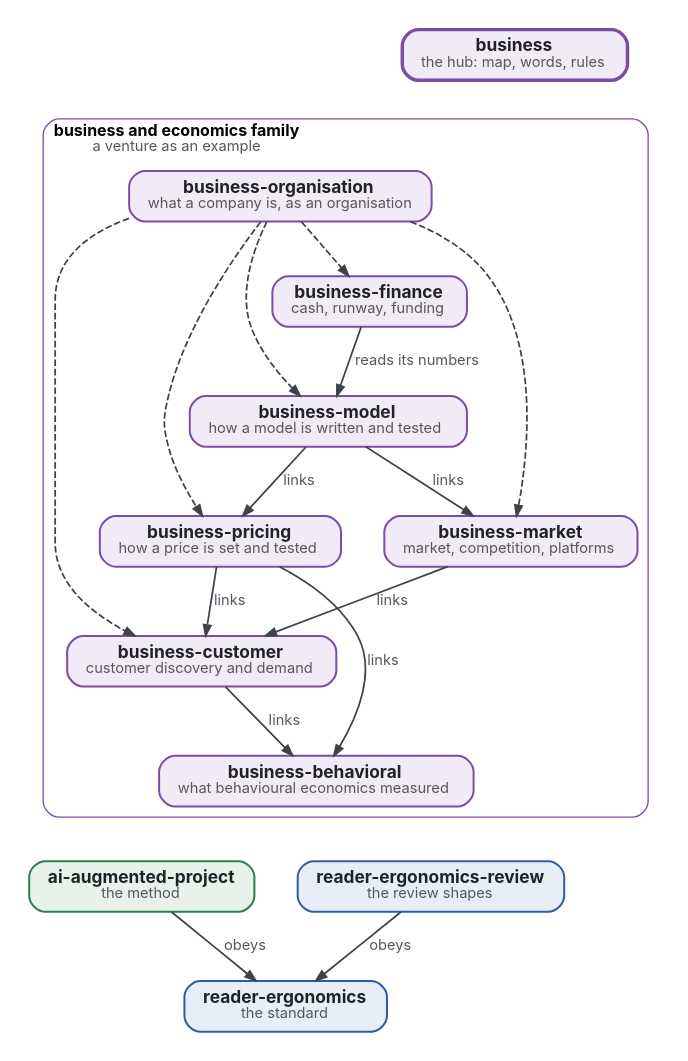
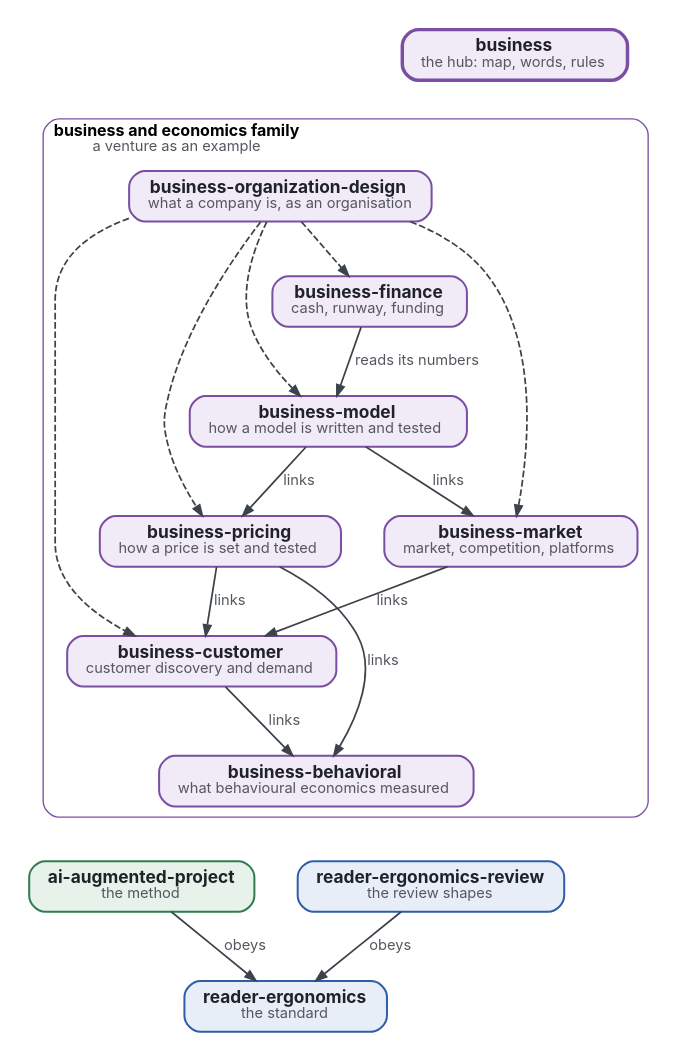
One commit to Tewf/business changed the diagram in map.dot. Above: the diagram before and after it, drawn with Graphviz. The commit also changed 3 other files, not shown here.

First line of the commit message:
Follow the member renamed business-organization-design

```diff
--- a/map.dot
+++ b/map.dot
@@ -1,40 +1,40 @@
 // The map of the business-and-economics family. Colours: business family purple, AI-augmented family green, reader-ergonomics family blue;
 // this page, the hub, has the thick border and nothing points to it. An arrow reads: uses, or links to; a dashed one, links for what that member holds.
 digraph map {
   graph [rankdir=TB, nodesep=0.45, ranksep=0.55, bgcolor="white", pad=0.2, fontname="Inter"];
   node  [shape=box, style="rounded,filled", fontname="Inter", fontsize=13, margin="0.2,0.1", penwidth=1.5, fontcolor="#1F2328"];
   edge  [fontname="Inter", fontsize=11, color="#3D434B", fontcolor="#55575F", penwidth=1.3, arrowsize=0.8];
   subgraph cluster_b {
     label=<<b>business and economics family</b><br/><font point-size="11" color="#55575F">a venture as an example</font>>; labeljust=l; style="rounded"; color="#7A4FA3"; fontname="Inter"; fontsize=12;
     business_model [label=<<b>business-model</b><br/><font point-size="11" color="#55575F">how a model is written and tested</font>>, fillcolor="#F1EAF7", color="#7A4FA3"];
     business_pricing [label=<<b>business-pricing</b><br/><font point-size="11" color="#55575F">how a price is set and tested</font>>, fillcolor="#F1EAF7", color="#7A4FA3"];
     business_customer [label=<<b>business-customer</b><br/><font point-size="11" color="#55575F">customer discovery and demand</font>>, fillcolor="#F1EAF7", color="#7A4FA3"];
     business_finance [label=<<b>business-finance</b><br/><font point-size="11" color="#55575F">cash, runway, funding</font>>, fillcolor="#F1EAF7", color="#7A4FA3"];
     business_behavioral [label=<<b>business-behavioral</b><br/><font point-size="11" color="#55575F">what behavioural economics measured</font>>, fillcolor="#F1EAF7", color="#7A4FA3"];
     business_market [label=<<b>business-market</b><br/><font point-size="11" color="#55575F">market, competition, platforms</font>>, fillcolor="#F1EAF7", color="#7A4FA3"];
-    business_organisation [label=<<b>business-organisation</b><br/><font point-size="11" color="#55575F">what a company is, as an organisation</font>>, fillcolor="#F1EAF7", color="#7A4FA3"];
+    business_organization_design [label=<<b>business-organization-design</b><br/><font point-size="11" color="#55575F">what a company is, as an organisation</font>>, fillcolor="#F1EAF7", color="#7A4FA3"];
   }
   HUB [label=<<b>business</b><br/><font point-size="11" color="#55575F">the hub: map, words, rules</font>>, fillcolor="#F1EAF7", color="#7A4FA3", penwidth=2.6];
   AP [label=<<b>ai-augmented-project</b><br/><font point-size="11" color="#55575F">the method</font>>, fillcolor="#E6F2EA", color="#2E7D4F"];
   RV [label=<<b>reader-ergonomics-review</b><br/><font point-size="11" color="#55575F">the review shapes</font>>, fillcolor="#E8EEF8", color="#2F5DA8"];
   RE [label=<<b>reader-ergonomics</b><br/><font point-size="11" color="#55575F">the standard</font>>, fillcolor="#E8EEF8", color="#2F5DA8"];
   HUB -> business_model [style=invis];
   HUB -> business_finance [style=invis];
-  HUB -> business_organisation [style=invis];
+  HUB -> business_organization_design [style=invis];
   business_model -> business_pricing [label=" links"];
   business_model -> business_market [label=" links"];
   business_finance -> business_model [label=" reads its numbers"];
   business_pricing -> business_customer [label=" links"];
   business_pricing -> business_behavioral [label=" links"];
   business_market -> business_customer [label=" links"];
-  business_organisation -> business_model [style=dashed];
-  business_organisation -> business_finance [style=dashed];
-  business_organisation -> business_customer [style=dashed];
-  business_organisation -> business_pricing [style=dashed];
-  business_organisation -> business_market [style=dashed];
+  business_organization_design -> business_model [style=dashed];
+  business_organization_design -> business_finance [style=dashed];
+  business_organization_design -> business_customer [style=dashed];
+  business_organization_design -> business_pricing [style=dashed];
+  business_organization_design -> business_market [style=dashed];
   business_customer -> business_behavioral [label=" links"];
   business_behavioral -> AP [style=invis];
   business_behavioral -> RV [style=invis];
   AP -> RE [label=" obeys"];
   RV -> RE [label=" obeys"];
 }
```
